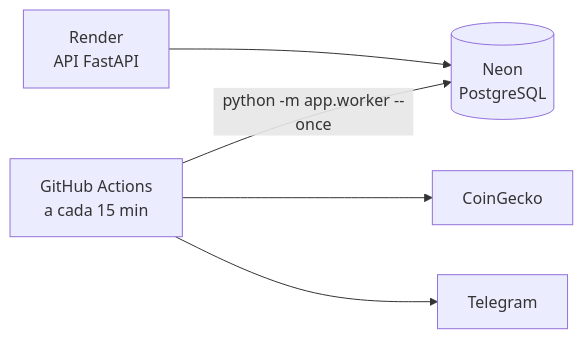
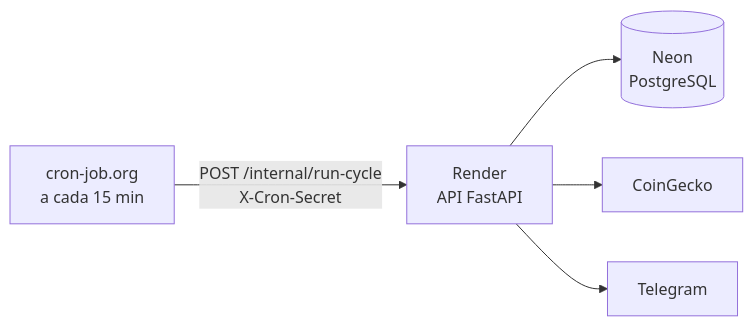
One commit to tassohenrique/crypto-price-alerts changed the third of 3 diagrams in README.md. Above: the diagram before and after it, drawn with Mermaid. The commit also changed other lines of this file and 10 other files, not shown here.

First line of the commit message:
feat: run worker cycles from an external scheduler via a protected route

````diff
--- a/README.md
+++ b/README.md
@@ -198,7 +199,7 @@
 ```mermaid
 flowchart LR
-    GH[GitHub Actions<br/>a cada 15 min] -- "python -m app.worker --once" --> DB[(Neon<br/>PostgreSQL)]
-    GH --> CG[CoinGecko]
-    GH --> TG[Telegram]
-    R[Render<br/>API FastAPI] --> DB
+    CJ[cron-job.org<br/>a cada 15 min] -- "POST /internal/run-cycle<br/>X-Cron-Secret" --> R[Render<br/>API FastAPI]
+    R --> DB[(Neon<br/>PostgreSQL)]
+    R --> CG[CoinGecko]
+    R --> TG[Telegram]
 ```
````
